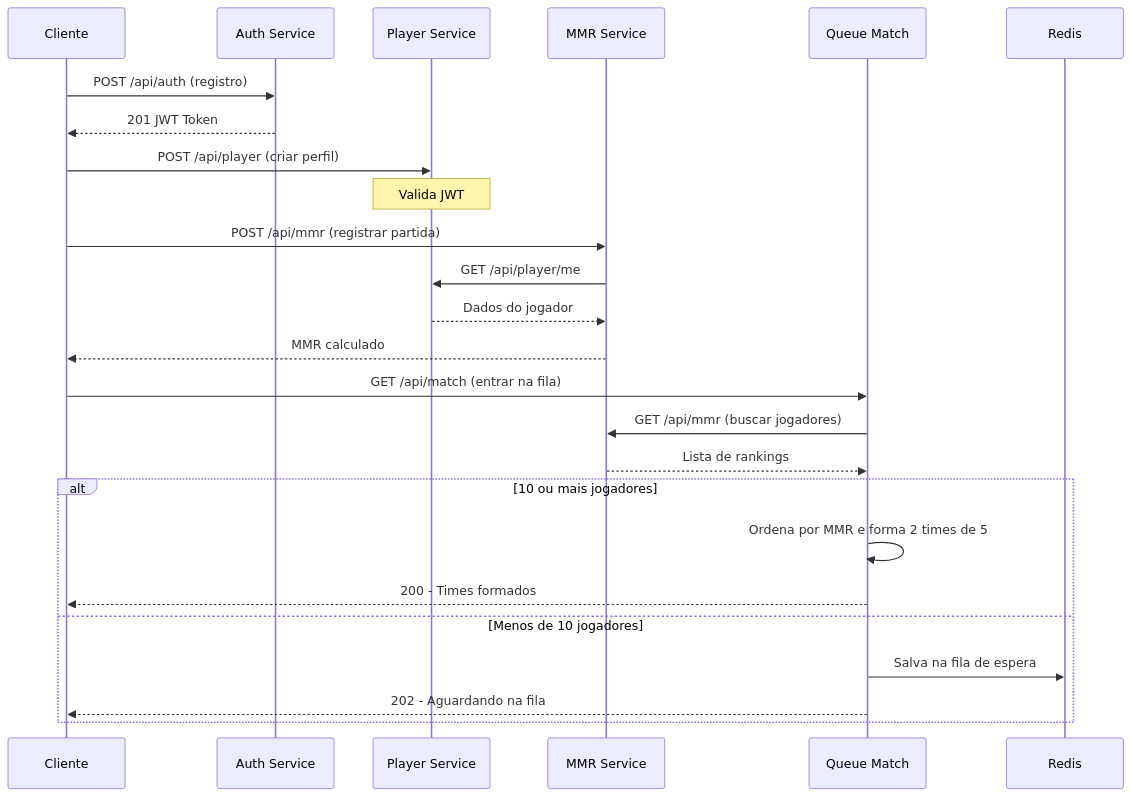
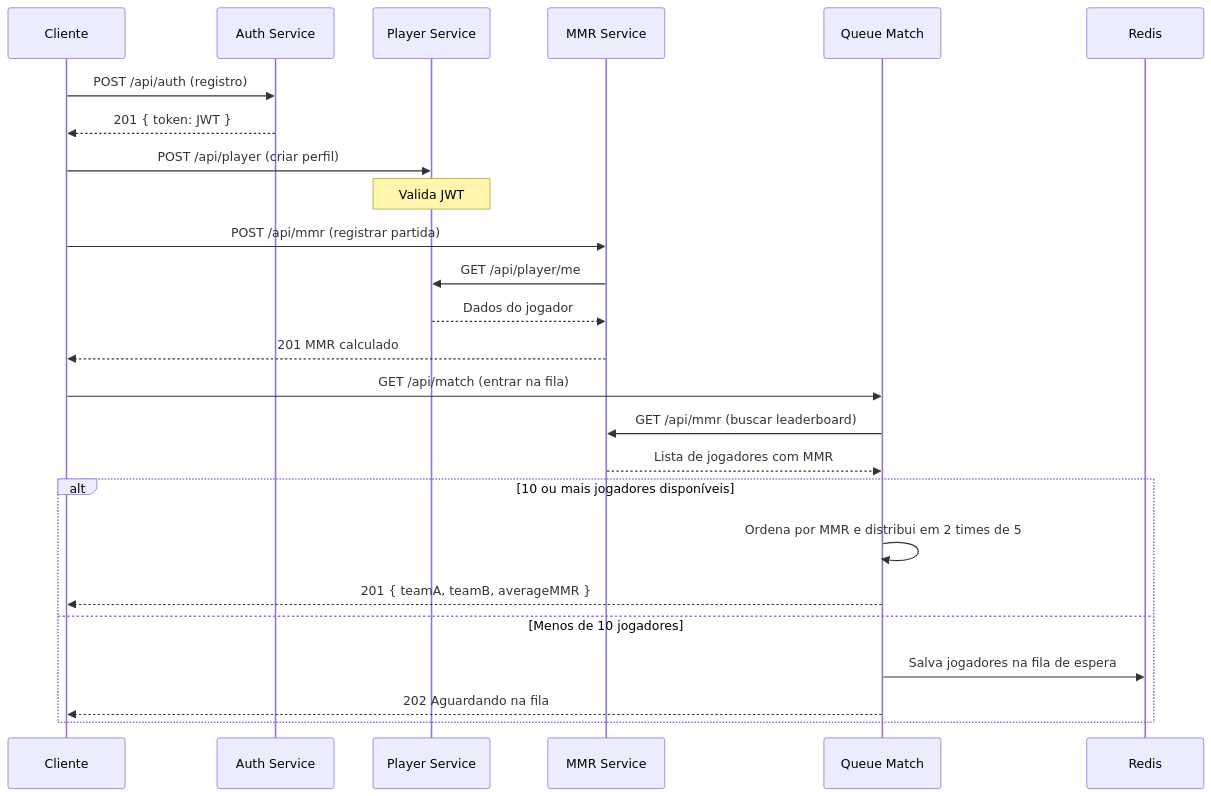
Before and after one commit to DiegoHenriqueMelo/valorant-mmr-system: the second of 3 diagrams in README.md, drawn with Mermaid. The commit also changed other lines of this file, not shown here.

First line of the commit message:
docs: reescrever README principal com documentação completa do projeto

````diff
--- a/README.md
+++ b/README.md
@@ -47,32 +103,32 @@
 ```mermaid
 sequenceDiagram
     participant C as Cliente
     participant A as Auth Service
     participant P as Player Service
     participant M as MMR Service
     participant Q as Queue Match
     participant R as Redis
 
     C->>A: POST /api/auth (registro)
-    A-->>C: 201 JWT Token
+    A-->>C: 201 { token: JWT }
 
     C->>P: POST /api/player (criar perfil)
     Note over P: Valida JWT
 
     C->>M: POST /api/mmr (registrar partida)
     M->>P: GET /api/player/me
     P-->>M: Dados do jogador
-    M-->>C: MMR calculado
+    M-->>C: 201 MMR calculado
 
     C->>Q: GET /api/match (entrar na fila)
-    Q->>M: GET /api/mmr (buscar jogadores)
-    M-->>Q: Lista de rankings
+    Q->>M: GET /api/mmr (buscar leaderboard)
+    M-->>Q: Lista de jogadores com MMR
 
-    alt 10 ou mais jogadores
-        Q->>Q: Ordena por MMR e forma 2 times de 5
-        Q-->>C: 200 - Times formados
+    alt 10 ou mais jogadores disponíveis
+        Q->>Q: Ordena por MMR e distribui em 2 times de 5
+        Q-->>C: 201 { teamA, teamB, averageMMR }
     else Menos de 10 jogadores
-        Q->>R: Salva na fila de espera
-        Q-->>C: 202 - Aguardando na fila
+        Q->>R: Salva jogadores na fila de espera
+        Q-->>C: 202 Aguardando na fila
     end
 ```
````
